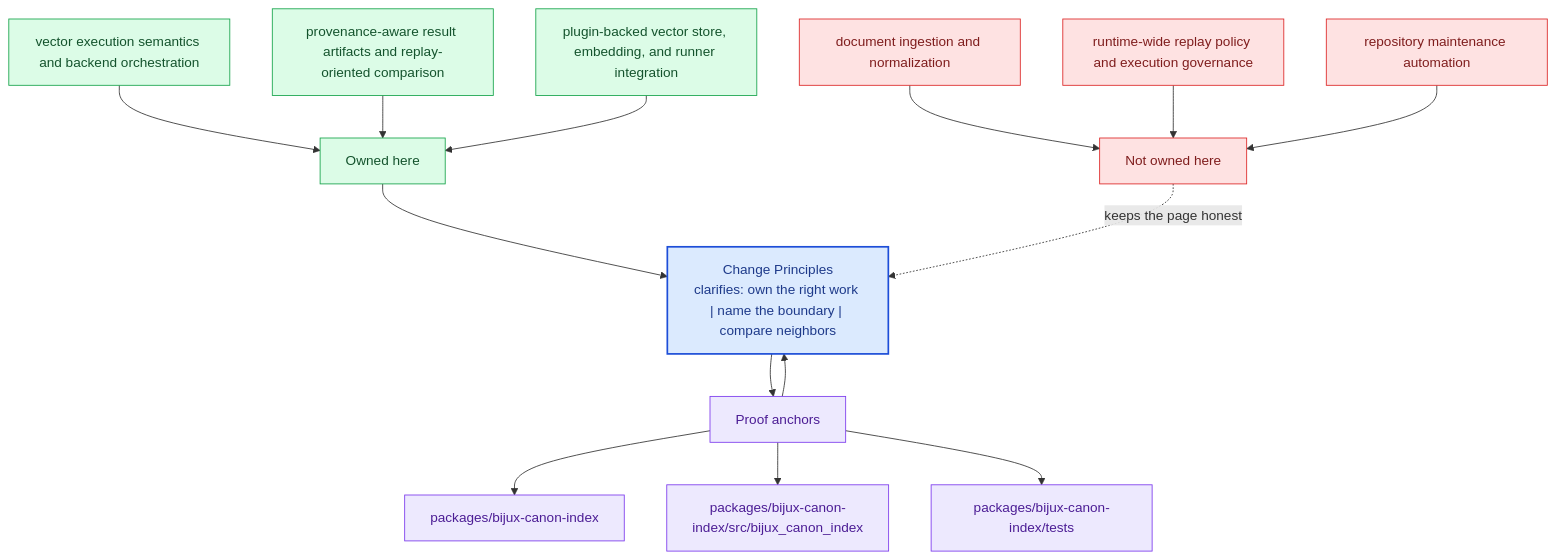
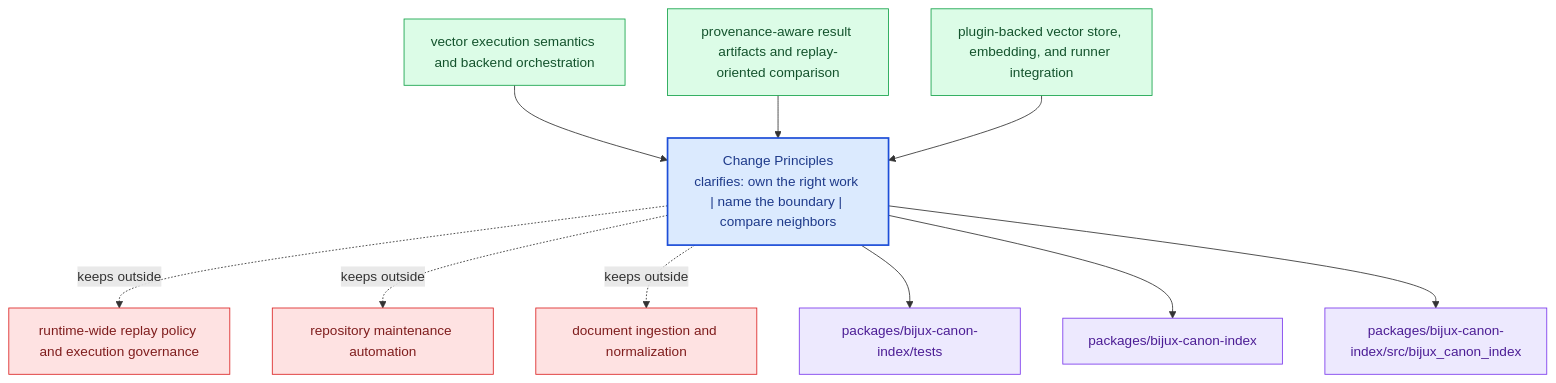
The diagram in docs/bijux-canon-index/foundation/change-principles.md (bijux/bijux-canon), drawn with Mermaid before and after one commit. The commit also changed other lines of this file and 281 other files, not shown here.

Commit message:
docs(diagrams): replace repeated mermaid scaffolds with page-specific summaries

````diff
--- a/docs/bijux-canon-index/foundation/change-principles.md
+++ b/docs/bijux-canon-index/foundation/change-principles.md
@@ -69,40 +24,31 @@
 ```mermaid
 flowchart TB
-    promise["Change Principles<br/>clarifies: own the right work | name the boundary | compare neighbors"]
-    classDef promise fill:#dbeafe,stroke:#1d4ed8,color:#1e3a8a,stroke-width:2px;
-    classDef driver fill:#dcfce7,stroke:#16a34a,color:#14532d;
-    classDef constraint fill:#fee2e2,stroke:#dc2626,color:#7f1d1d;
-    classDef ground fill:#ede9fe,stroke:#7c3aed,color:#4c1d95;
-    focus1["Owned here"]
-    focus1 --> promise
-    focus1_1["vector execution semantics and backend orchestration"]
-    focus1_1 --> focus1
-    focus1_2["provenance-aware result artifacts and replay-oriented comparison"]
-    focus1_2 --> focus1
-    focus1_3["plugin-backed vector store, embedding, and runner integration"]
-    focus1_3 --> focus1
-    class focus1 driver;
-    class focus1_1,focus1_2,focus1_3 driver;
-    focus2["Not owned here"]
-    focus2 -.keeps the page honest.-> promise
-    focus2_1["document ingestion and normalization"]
-    focus2_1 --> focus2
-    focus2_2["runtime-wide replay policy and execution governance"]
-    focus2_2 --> focus2
-    focus2_3["repository maintenance automation"]
-    focus2_3 --> focus2
-    class focus2 constraint;
-    class focus2_1,focus2_2,focus2_3 constraint;
-    focus3["Proof anchors"]
-    focus3 --> promise
-    promise --> focus3
-    focus3_1["packages/bijux-canon-index"]
-    focus3 --> focus3_1
-    focus3_2["packages/bijux-canon-index/src/bijux_canon_index"]
-    focus3 --> focus3_2
-    focus3_3["packages/bijux-canon-index/tests"]
-    focus3 --> focus3_3
-    class focus3 ground;
-    class focus3_1,focus3_2,focus3_3 ground;
-    class promise promise;
+    page["Change Principles<br/>clarifies: own the right work | name the boundary | compare neighbors"]
+    classDef page fill:#dbeafe,stroke:#1d4ed8,color:#1e3a8a,stroke-width:2px;
+    classDef positive fill:#dcfce7,stroke:#16a34a,color:#14532d;
+    classDef caution fill:#fee2e2,stroke:#dc2626,color:#7f1d1d;
+    classDef anchor fill:#ede9fe,stroke:#7c3aed,color:#4c1d95;
+    classDef action fill:#fef3c7,stroke:#d97706,color:#7c2d12;
+    own1["vector execution semantics and backend orchestration"]
+    own1 --> page
+    own2["provenance-aware result artifacts and replay-oriented comparison"]
+    own2 --> page
+    own3["plugin-backed vector store, embedding, and runner integration"]
+    own3 --> page
+    limit1["runtime-wide replay policy and execution governance"]
+    page -.keeps outside.-> limit1
+    limit2["repository maintenance automation"]
+    page -.keeps outside.-> limit2
+    limit3["document ingestion and normalization"]
+    page -.keeps outside.-> limit3
+    anchor1["packages/bijux-canon-index/tests"]
+    page --> anchor1
+    anchor2["packages/bijux-canon-index"]
+    page --> anchor2
+    anchor3["packages/bijux-canon-index/src/bijux_canon_index"]
+    page --> anchor3
+    class page page;
+    class own1,own2,own3 positive;
+    class limit1,limit2,limit3 caution;
+    class anchor1,anchor2,anchor3 anchor;
 ```
````
